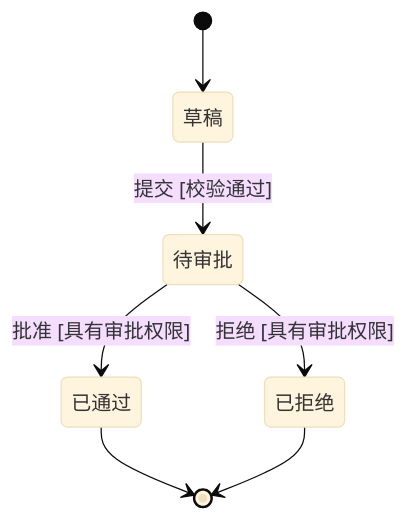
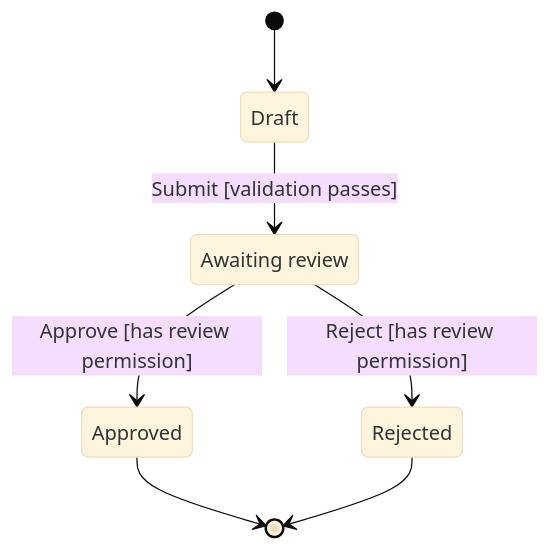
Before and after one commit to kobe8bryant24lakers/kobe-agent-kit: the fifth of 5 diagrams in .agents/skills/software-design/references/views.md, drawn with Mermaid (base theme). The commit also changed other lines of this file and 9 other files, not shown here.

````diff
--- a/.agents/skills/software-design/references/views.md
+++ b/.agents/skills/software-design/references/views.md
@@ -99,13 +101,13 @@
 ```mermaid
 stateDiagram-v2
-    state "草稿" as Draft
-    state "待审批" as Pending
-    state "已通过" as Approved
-    state "已拒绝" as Rejected
+    state "Draft" as Draft
+    state "Awaiting review" as Pending
+    state "Approved" as Approved
+    state "Rejected" as Rejected
     [*] --> Draft
-    Draft --> Pending: 提交 [校验通过]
-    Pending --> Approved: 批准 [具有审批权限]
-    Pending --> Rejected: 拒绝 [具有审批权限]
+    Draft --> Pending: Submit [validation passes]
+    Pending --> Approved: Approve [has review permission]
+    Pending --> Rejected: Reject [has review permission]
     Approved --> [*]
     Rejected --> [*]
 ```
````
